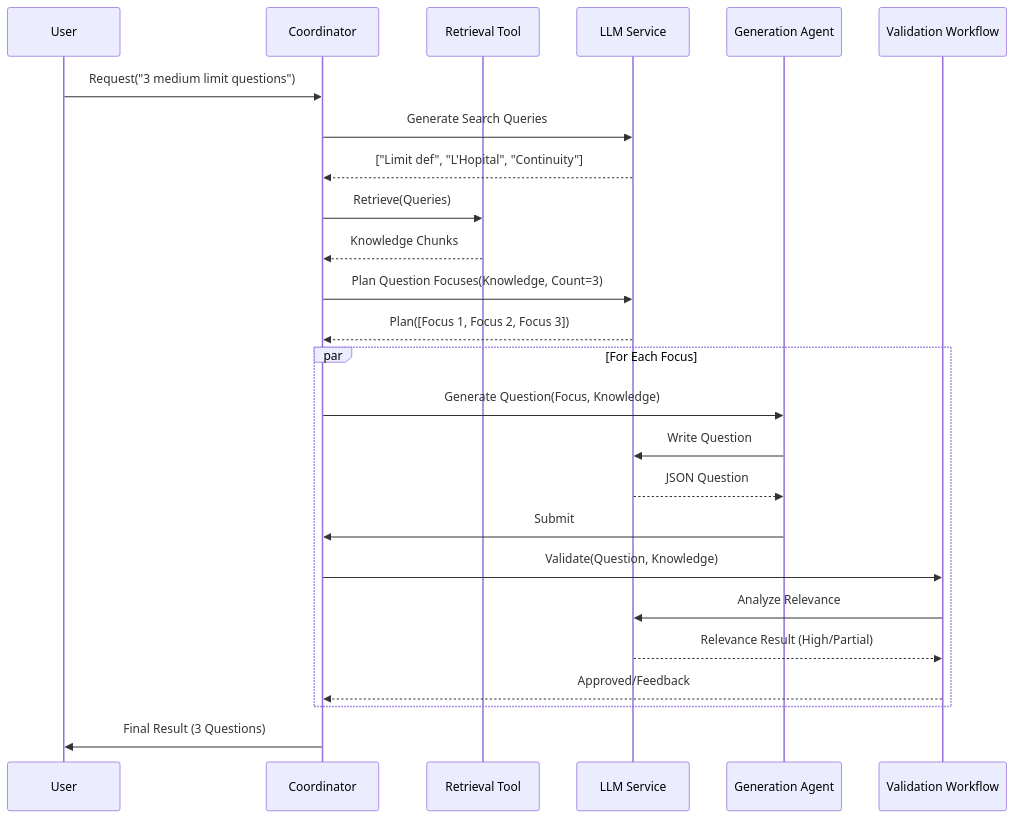
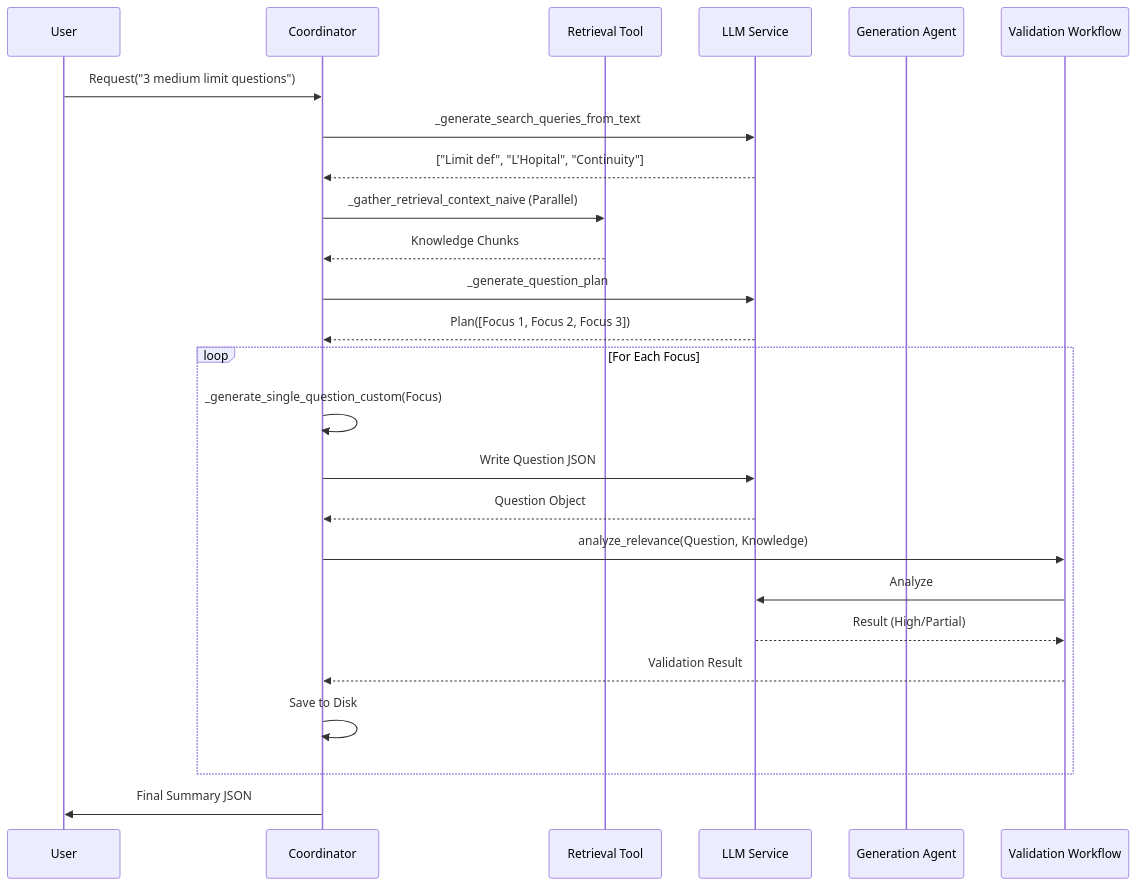
One commit to RadteamBaoDA/DeepTutor changed the diagram in docs/feature_analysis/req_custom_practice.md. Above: the diagram before and after it, drawn with Mermaid. The commit also changed other lines of this file and 1 other file, not shown here.

Commit message:
Finalize detailed Question Generator documentation

````diff
--- a/docs/feature_analysis/req_custom_practice.md
+++ b/docs/feature_analysis/req_custom_practice.md
@@ -25,36 +43,37 @@
 ```mermaid
 sequenceDiagram
     participant User
     participant Coordinator
     participant RAG as Retrieval Tool
     participant LLM as LLM Service
     participant Agent as Generation Agent
     participant Validator as Validation Workflow
 
     User->>Coordinator: Request("3 medium limit questions")
 
     %% Stage 1: Research
-    Coordinator->>LLM: Generate Search Queries
+    Coordinator->>LLM: _generate_search_queries_from_text
     LLM-->>Coordinator: ["Limit def", "L'Hopital", "Continuity"]
-    Coordinator->>RAG: Retrieve(Queries)
+    Coordinator->>RAG: _gather_retrieval_context_naive (Parallel)
     RAG-->>Coordinator: Knowledge Chunks
 
     %% Stage 2: Plan
-    Coordinator->>LLM: Plan Question Focuses(Knowledge, Count=3)
+    Coordinator->>LLM: _generate_question_plan
     LLM-->>Coordinator: Plan([Focus 1, Focus 2, Focus 3])
 
-    %% Stage 3: Execute (Parallel Loop)
-    par For Each Focus
-        Coordinator->>Agent: Generate Question(Focus, Knowledge)
-        Agent->>LLM: Write Question
-        LLM-->>Agent: JSON Question
-        Agent->>Coordinator: Submit
+    %% Stage 3: Execute (Sequential Loop for Custom Mode)
+    loop For Each Focus
+        Coordinator->>Coordinator: _generate_single_question_custom(Focus)
+        Coordinator->>LLM: Write Question JSON
+        LLM-->>Coordinator: Question Object
 
-        Coordinator->>Validator: Validate(Question, Knowledge)
-        Validator->>LLM: Analyze Relevance
-        LLM-->>Validator: Relevance Result (High/Partial)
-        Validator-->>Coordinator: Approved/Feedback
+        Coordinator->>Validator: analyze_relevance(Question, Knowledge)
+        Validator->>LLM: Analyze
+        LLM-->>Validator: Result (High/Partial)
+        Validator-->>Coordinator: Validation Result
+
+        Coordinator->>Coordinator: Save to Disk
     end
 
-    Coordinator->>User: Final Result (3 Questions)
+    Coordinator->>User: Final Summary JSON
 ```
````
